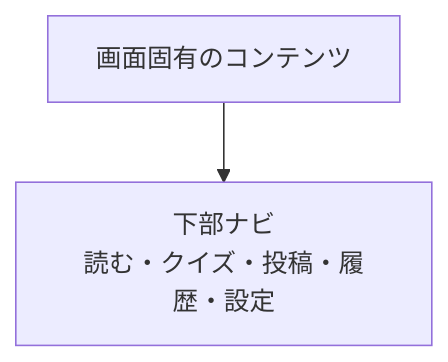
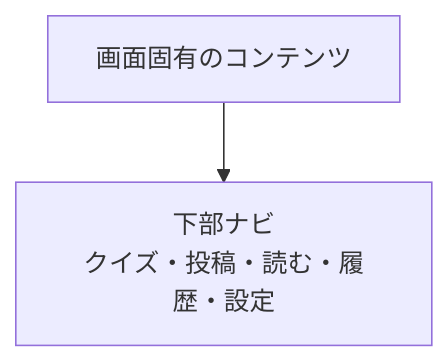
Before and after one commit to Digix00/58-Hackathon-202609: the diagram in docs/requirements/screens/shared-ui.md, drawn with Mermaid. The commit also changed other lines of this file and 8 other files, not shown here.

````diff
--- a/docs/requirements/screens/shared-ui.md
+++ b/docs/requirements/screens/shared-ui.md
@@ -7,7 +7,7 @@
 ```mermaid
 flowchart TB
   Content["画面固有のコンテンツ"]
-  BottomNav["下部ナビ<br/>読む・クイズ・投稿・履歴・設定"]
+  BottomNav["下部ナビ<br/>クイズ・投稿・読む・履歴・設定"]
 
   Content --> BottomNav
 ```
````
